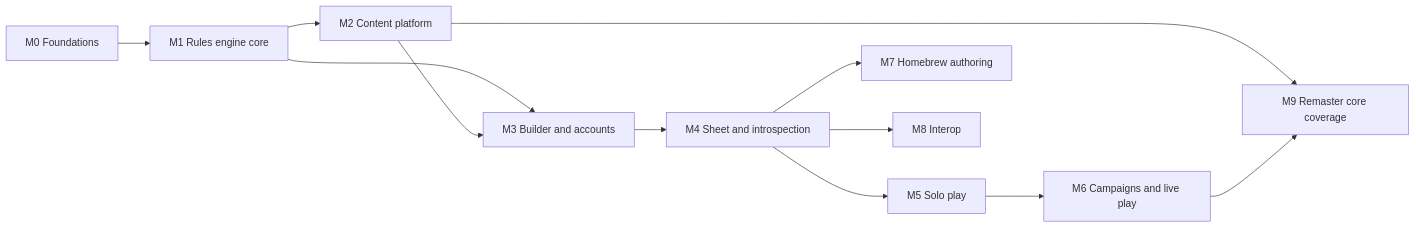
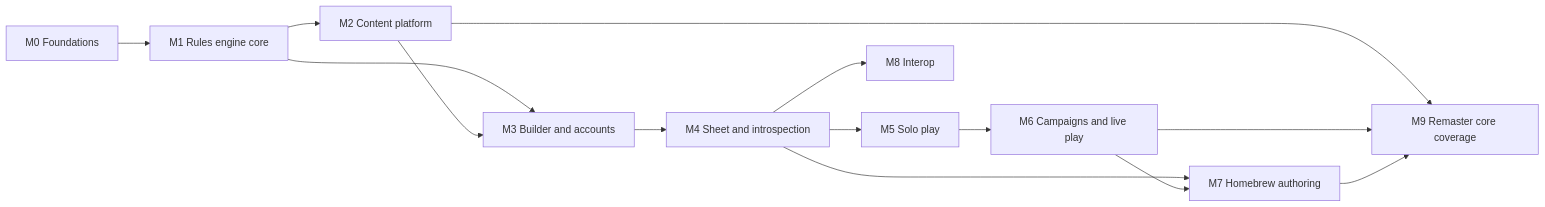
The diagram in docs/roadmap.md (DavidDudson/pioneer), drawn with Mermaid before and after one commit. The commit also changed other lines of this file, not shown here.

Commit message:
docs: align milestone graph with epic dependencies

````diff
--- a/docs/roadmap.md
+++ b/docs/roadmap.md
@@ -6,14 +6,16 @@
 ```mermaid
 flowchart LR
   M0[M0 Foundations] --> M1[M1 Rules engine core]
   M1 --> M2[M2 Content platform]
   M1 --> M3[M3 Builder and accounts]
   M2 --> M3
   M3 --> M4[M4 Sheet and introspection]
   M4 --> M5[M5 Solo play]
   M5 --> M6[M6 Campaigns and live play]
   M4 --> M7[M7 Homebrew authoring]
+  M6 --> M7
   M4 --> M8[M8 Interop]
   M2 --> M9[M9 Remaster core coverage]
   M6 --> M9
+  M7 --> M9
 ```
````
